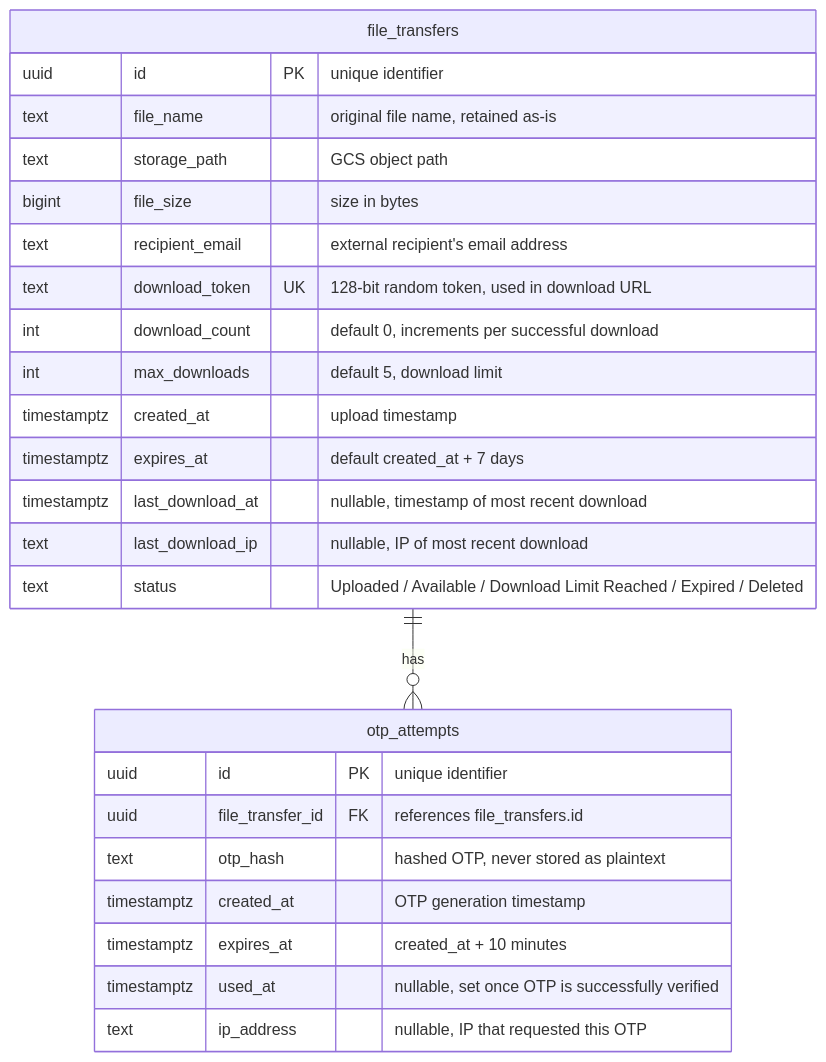
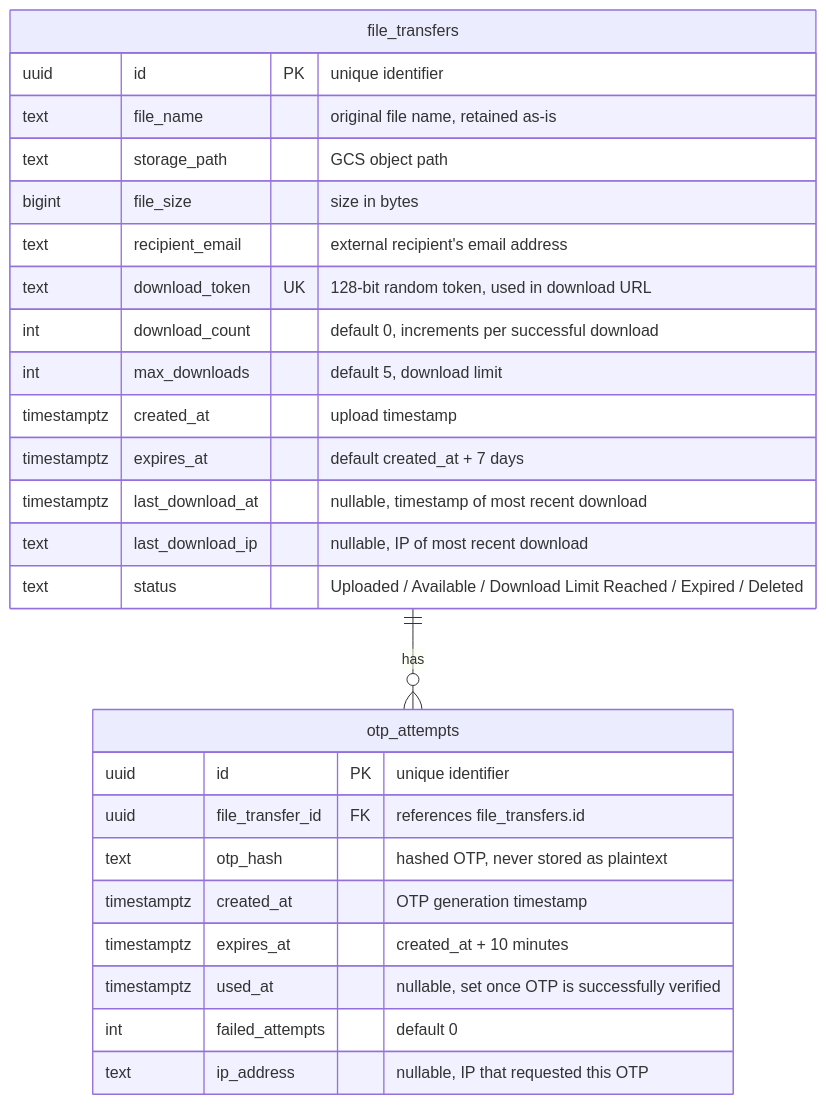
One commit to abnermasong/file-transfer-system-test changed the diagram in docs/02_task-overview-and-implementation.md. Above: the diagram before and after it, drawn with Mermaid. The commit also changed 8 other files, not shown here.

````diff
--- a/docs/02_task-overview-and-implementation.md
+++ b/docs/02_task-overview-and-implementation.md
@@ -130,30 +130,31 @@
     ```mermaid
     erDiagram
         file_transfers ||--o{ otp_attempts : "has"
 
         file_transfers {
             uuid id PK "unique identifier"
             text file_name "original file name, retained as-is"
             text storage_path "GCS object path"
             bigint file_size "size in bytes"
             text recipient_email "external recipient's email address"
             text download_token UK "128-bit random token, used in download URL"
             int download_count "default 0, increments per successful download"
             int max_downloads "default 5, download limit"
             timestamptz created_at "upload timestamp"
             timestamptz expires_at "default created_at + 7 days"
             timestamptz last_download_at "nullable, timestamp of most recent download"
             text last_download_ip "nullable, IP of most recent download"
             text status "Uploaded / Available / Download Limit Reached / Expired / Deleted"
         }
 
         otp_attempts {
             uuid id PK "unique identifier"
             uuid file_transfer_id FK "references file_transfers.id"
             text otp_hash "hashed OTP, never stored as plaintext"
             timestamptz created_at "OTP generation timestamp"
             timestamptz expires_at "created_at + 10 minutes"
             timestamptz used_at "nullable, set once OTP is successfully verified"
+            int failed_attempts "default 0"
             text ip_address "nullable, IP that requested this OTP"
         }
     ```
````
